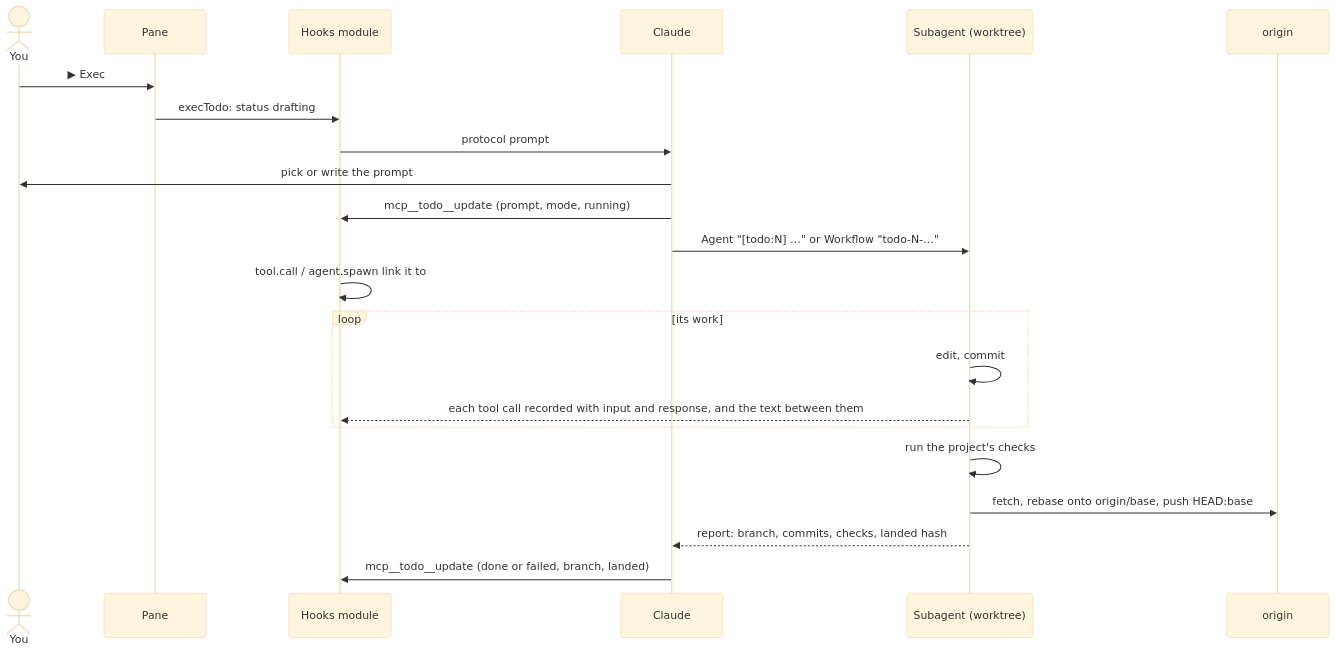
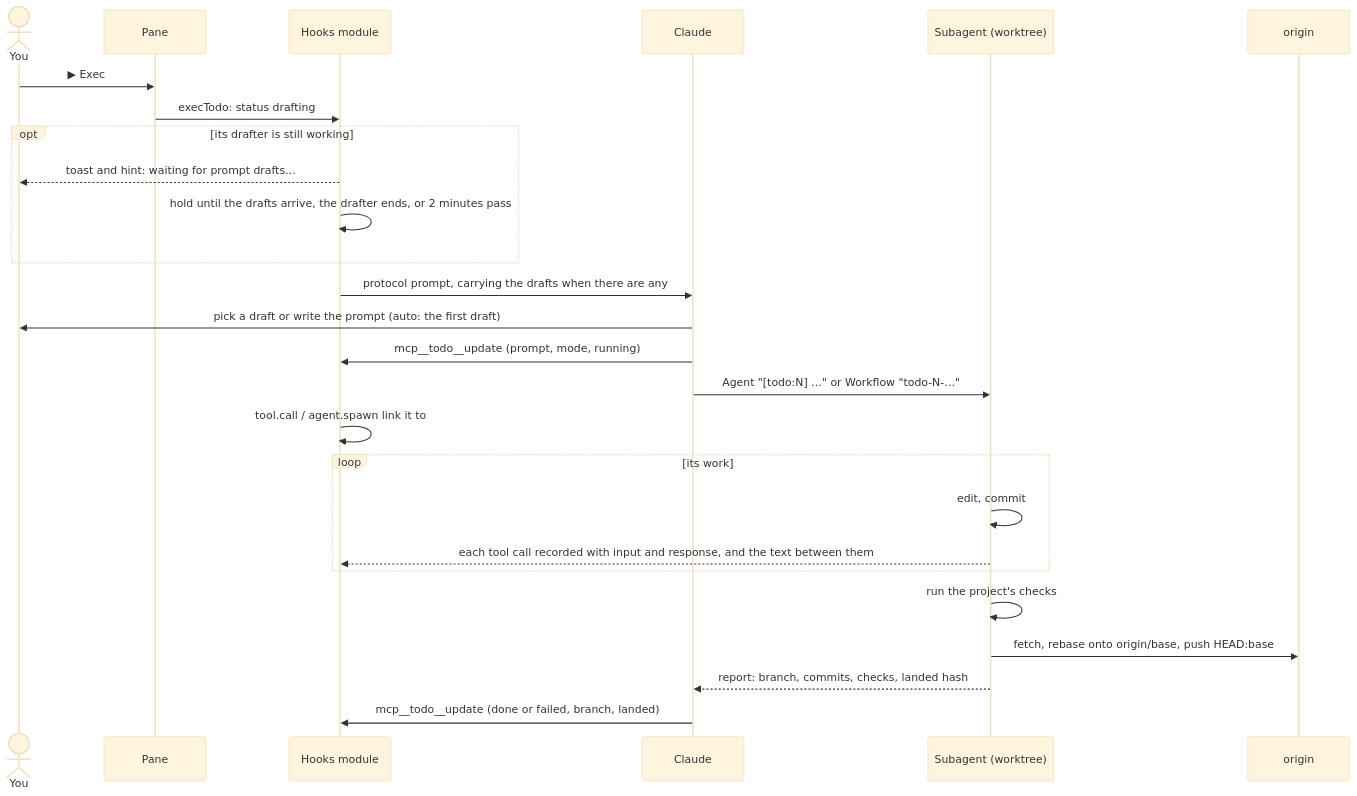
One commit to declanshanaghy/claude-todo changed the fifth of 6 diagrams in docs/architecture.md. Above: the diagram before and after it, drawn with Mermaid (base theme). The commit also changed other lines of this file and 7 other files, not shown here.

````diff
--- a/docs/architecture.md
+++ b/docs/architecture.md
@@ -154,24 +174,28 @@
 ```mermaid
 sequenceDiagram
   actor U as You
   participant P as Pane
   participant H as Hooks module
   participant M as Claude
   participant W as Subagent (worktree)
   participant O as origin
   U->>P: ▶ Exec
   P->>H: execTodo: status drafting
-  H->>M: protocol prompt
-  M->>U: pick or write the prompt
+  opt its drafter is still working
+    H-->>U: toast and hint: waiting for prompt drafts…
+    H->>H: hold until the drafts arrive, the drafter ends, or 2 minutes pass
+  end
+  H->>M: protocol prompt, carrying the drafts when there are any
+  M->>U: pick a draft or write the prompt (auto: the first draft)
   M->>H: mcp__todo__update (prompt, mode, running)
   M->>W: Agent "[todo:N] …" or Workflow "todo-N-…"
   H->>H: tool.call / agent.spawn link it to #N
   loop its work
     W->>W: edit, commit
     W-->>H: each tool call recorded with input and response, and the text between them
   end
   W->>W: run the project's checks
   W->>O: fetch, rebase onto origin/base, push HEAD:base
   W-->>M: report: branch, commits, checks, landed hash
   M->>H: mcp__todo__update (done or failed, branch, landed)
 ```
````
